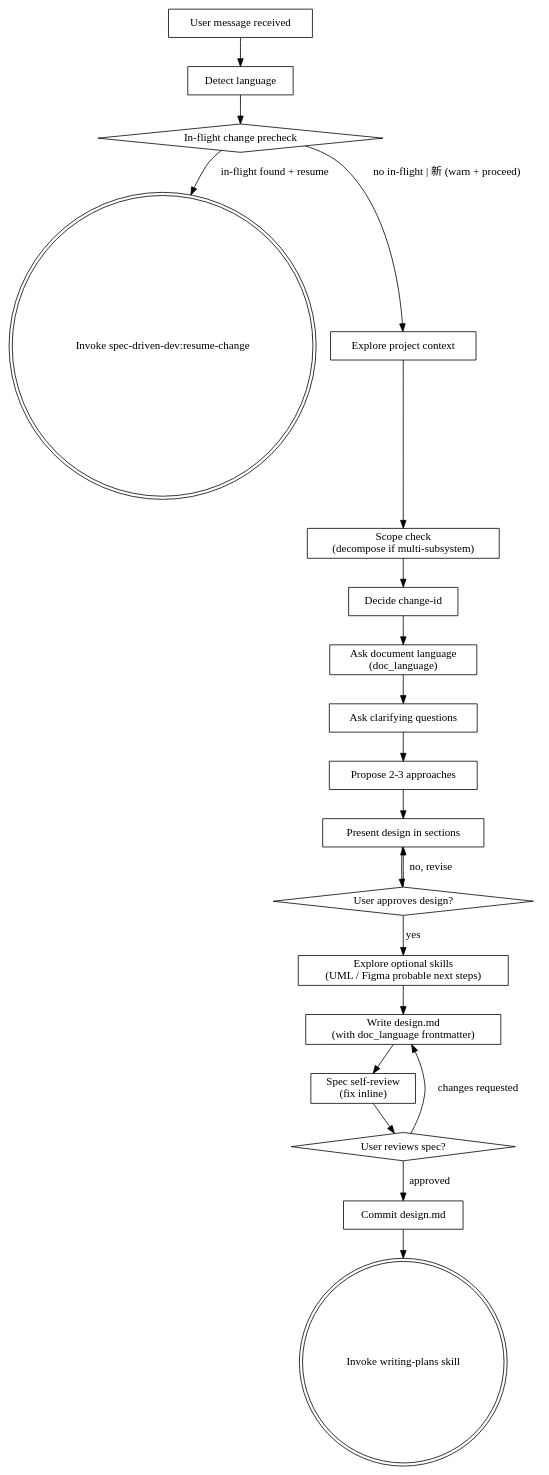
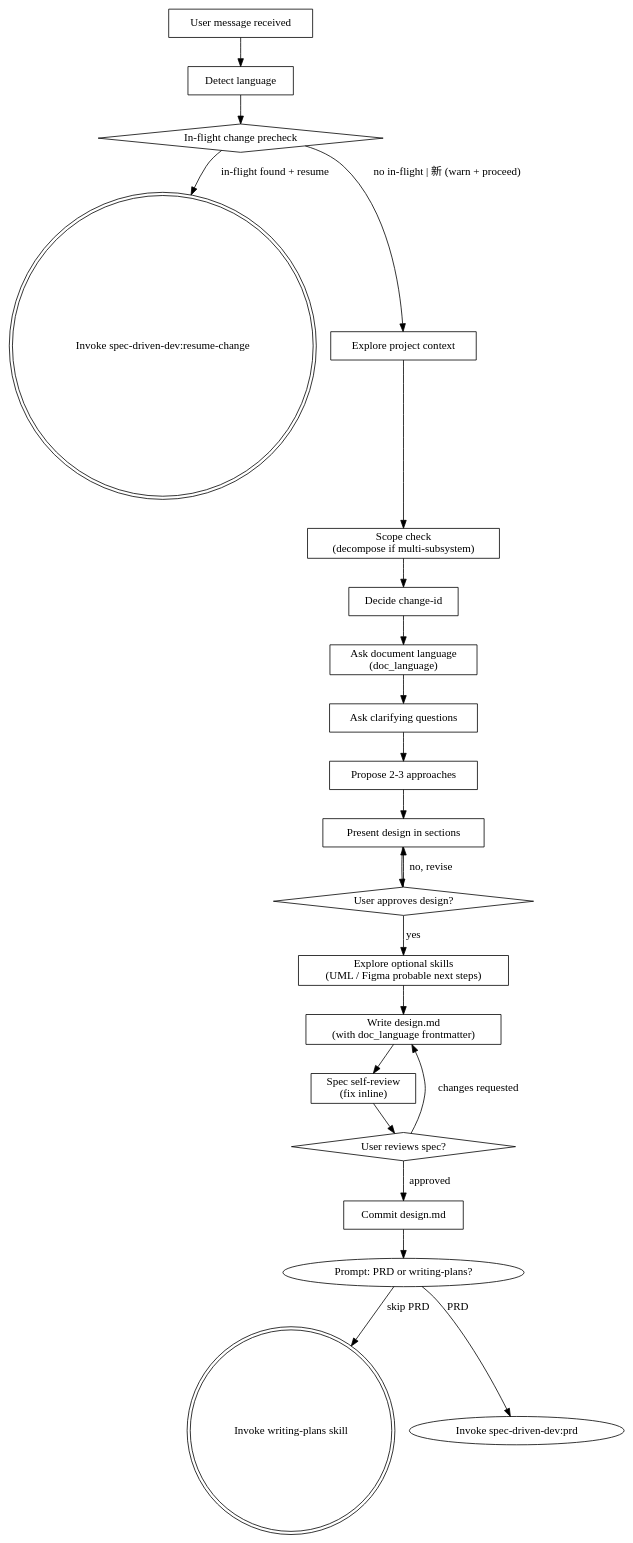
The diagram in plugins/spec-driven-dev/skills/brainstorming/SKILL.md (BIBIOTA/yuki-marketplace), drawn with Graphviz before and after one commit. The commit also changed other lines of this file and 4 other files, not shown here.

Commit message:
feat: add PRD skill to spec-driven-dev pipeline

````diff
--- a/plugins/spec-driven-dev/skills/brainstorming/SKILL.md
+++ b/plugins/spec-driven-dev/skills/brainstorming/SKILL.md
@@ -71,44 +76,46 @@
 ```dot
 digraph brainstorming {
     rankdir=TB;
 
     "User message received" [shape=box];
     "Detect language" [shape=box];
     "In-flight change precheck" [shape=diamond];
     "Invoke spec-driven-dev:resume-change" [shape=doublecircle];
     "Explore project context" [shape=box];
     "Scope check\n(decompose if multi-subsystem)" [shape=box];
     "Decide change-id" [shape=box];
     "Ask document language\n(doc_language)" [shape=box];
     "Ask clarifying questions" [shape=box];
     "Propose 2-3 approaches" [shape=box];
     "Present design in sections" [shape=box];
     "User approves design?" [shape=diamond];
     "Explore optional skills\n(UML / Figma probable next steps)" [shape=box];
     "Write design.md\n(with doc_language frontmatter)" [shape=box];
     "Spec self-review\n(fix inline)" [shape=box];
     "User reviews spec?" [shape=diamond];
     "Commit design.md" [shape=box];
     "Invoke writing-plans skill" [shape=doublecircle];
 
     "User message received" -> "Detect language";
     "Detect language" -> "In-flight change precheck";
     "In-flight change precheck" -> "Invoke spec-driven-dev:resume-change" [label="in-flight found + resume"];
     "In-flight change precheck" -> "Explore project context" [label="no in-flight | 新 (warn + proceed)"];
     "Explore project context" -> "Scope check\n(decompose if multi-subsystem)";
     "Scope check\n(decompose if multi-subsystem)" -> "Decide change-id";
     "Decide change-id" -> "Ask document language\n(doc_language)";
     "Ask document language\n(doc_language)" -> "Ask clarifying questions";
     "Ask clarifying questions" -> "Propose 2-3 approaches";
     "Propose 2-3 approaches" -> "Present design in sections";
     "Present design in sections" -> "User approves design?";
     "User approves design?" -> "Present design in sections" [label="no, revise"];
     "User approves design?" -> "Explore optional skills\n(UML / Figma probable next steps)" [label="yes"];
     "Explore optional skills\n(UML / Figma probable next steps)" -> "Write design.md\n(with doc_language frontmatter)";
     "Write design.md\n(with doc_language frontmatter)" -> "Spec self-review\n(fix inline)";
     "Spec self-review\n(fix inline)" -> "User reviews spec?";
     "User reviews spec?" -> "Write design.md\n(with doc_language frontmatter)" [label="changes requested"];
     "User reviews spec?" -> "Commit design.md" [label="approved"];
-    "Commit design.md" -> "Invoke writing-plans skill";
+    "Commit design.md" -> "Prompt: PRD or writing-plans?";
+    "Prompt: PRD or writing-plans?" -> "Invoke spec-driven-dev:prd" [label="PRD"];
+    "Prompt: PRD or writing-plans?" -> "Invoke writing-plans skill" [label="skip PRD"];
 }
 ```
````
